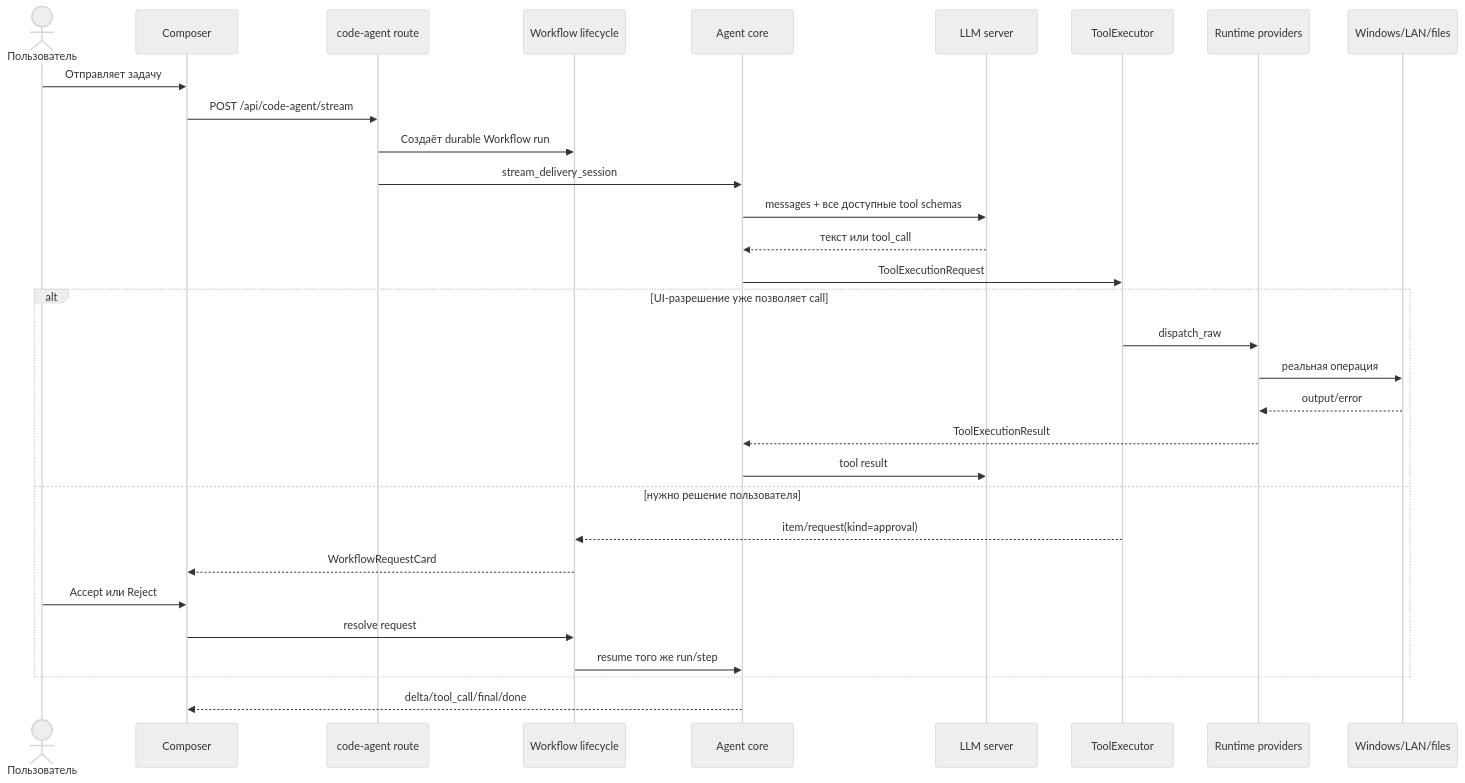
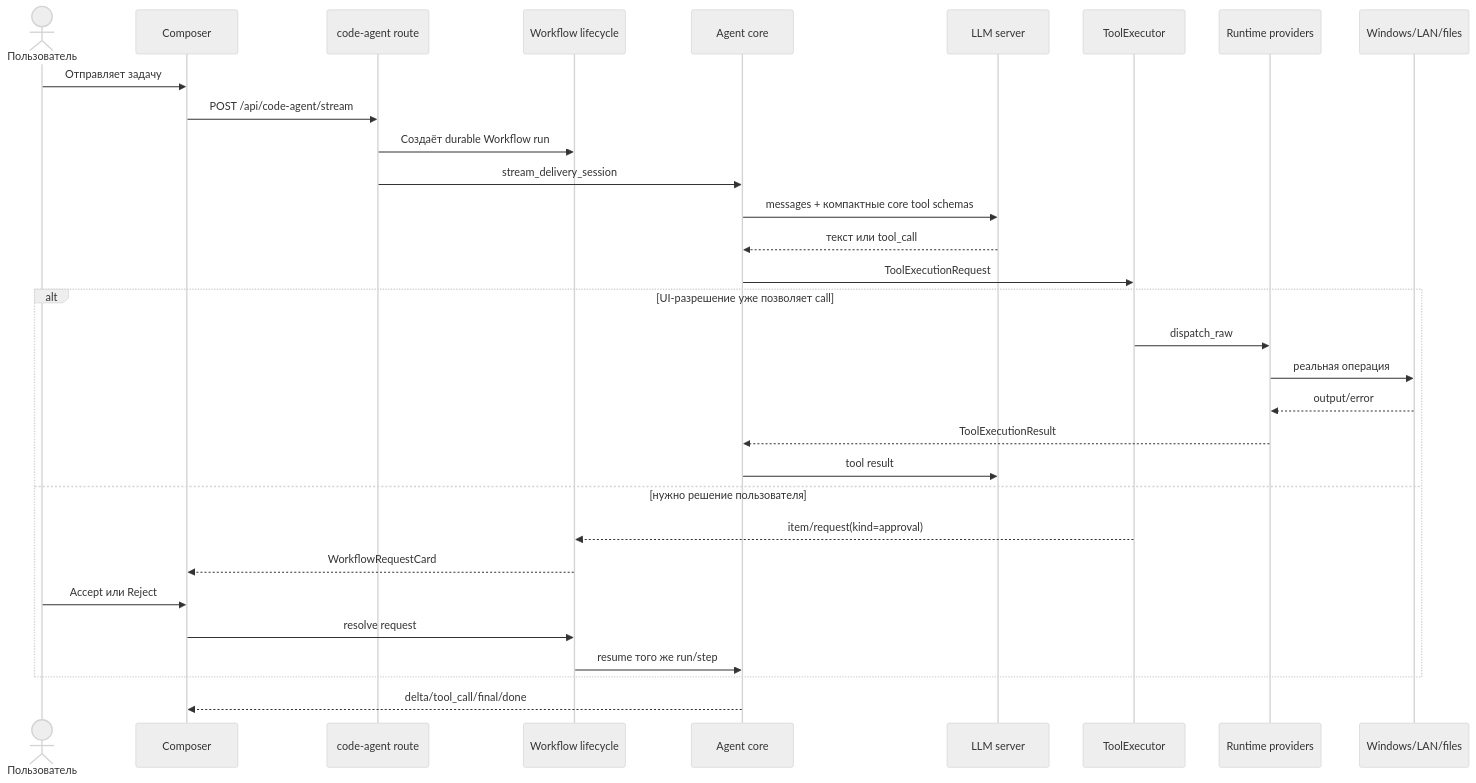
Before and after one commit to johnivanov092-glitch/Elira_AI: the diagram in docs/AGENT_ARCHITECTURE_GUIDE_RU.md, drawn with Mermaid (neutral theme). The commit also changed other lines of this file and 17 other files, not shown here.

````diff
--- a/docs/AGENT_ARCHITECTURE_GUIDE_RU.md
+++ b/docs/AGENT_ARCHITECTURE_GUIDE_RU.md
@@ -78,34 +78,34 @@
 ```mermaid
 sequenceDiagram
     actor U as Пользователь
     participant UI as Composer
     participant API as code-agent route
     participant WF as Workflow lifecycle
     participant A as Agent core
     participant L as LLM server
     participant E as ToolExecutor
     participant R as Runtime providers
     participant OS as Windows/LAN/files
 
     U->>UI: Отправляет задачу
     UI->>API: POST /api/code-agent/stream
     API->>WF: Создаёт durable Workflow run
     API->>A: stream_delivery_session
-    A->>L: messages + все доступные tool schemas
+    A->>L: messages + компактные core tool schemas
     L-->>A: текст или tool_call
     A->>E: ToolExecutionRequest
     alt UI-разрешение уже позволяет call
         E->>R: dispatch_raw
         R->>OS: реальная операция
         OS-->>R: output/error
         R-->>A: ToolExecutionResult
         A->>L: tool result
     else нужно решение пользователя
         E-->>WF: item/request(kind=approval)
         WF-->>UI: WorkflowRequestCard
         U->>UI: Accept или Reject
         UI->>WF: resolve request
         WF->>A: resume того же run/step
     end
     A-->>UI: delta/tool_call/final/done
 ```
````
